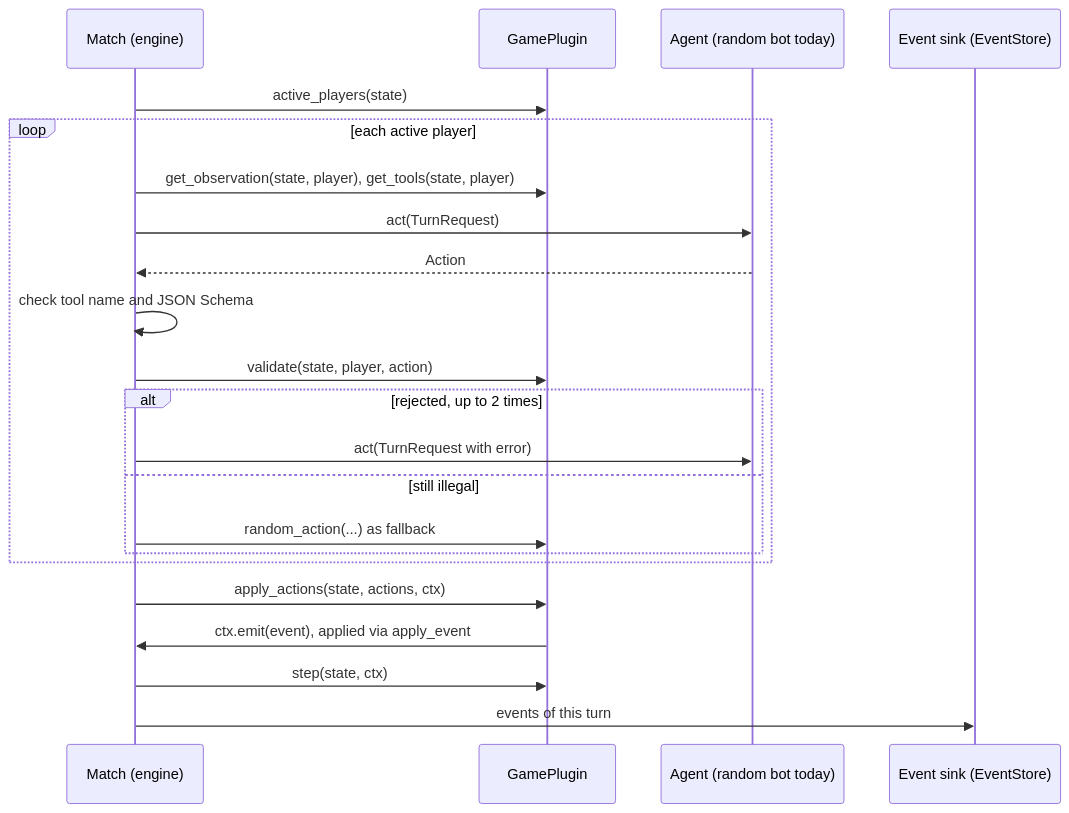
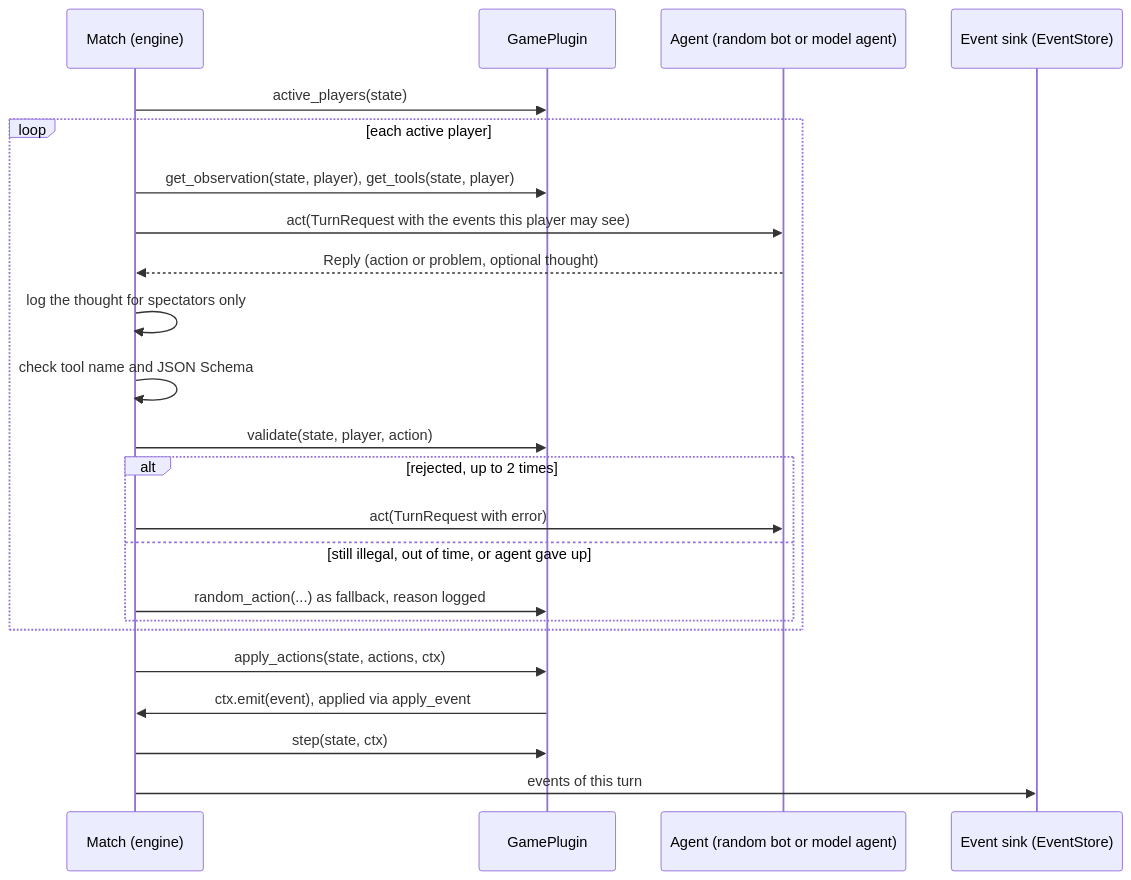
The second of 3 diagrams in docs/ARCHITECTURE.md (NwebNotFound/aigameversus), drawn with Mermaid before and after one commit. The commit also changed other lines of this file and 26 other files, not shown here.

Commit message:
feat: agent runner, mock LLM, turn clock and thoughts channel (step 1.4, #10)

````diff
--- a/docs/ARCHITECTURE.md
+++ b/docs/ARCHITECTURE.md
@@ -52,24 +56,25 @@
 ```mermaid
 sequenceDiagram
     participant M as Match (engine)
     participant P as GamePlugin
-    participant A as Agent (random bot today)
+    participant A as Agent (random bot or model agent)
     participant S as Event sink (EventStore)
     M->>P: active_players(state)
     loop each active player
         M->>P: get_observation(state, player), get_tools(state, player)
-        M->>A: act(TurnRequest)
-        A-->>M: Action
+        M->>A: act(TurnRequest with the events this player may see)
+        A-->>M: Reply (action or problem, optional thought)
+        M->>M: log the thought for spectators only
         M->>M: check tool name and JSON Schema
         M->>P: validate(state, player, action)
         alt rejected, up to 2 times
             M->>A: act(TurnRequest with error)
-        else still illegal
-            M->>P: random_action(...) as fallback
+        else still illegal, out of time, or agent gave up
+            M->>P: random_action(...) as fallback, reason logged
         end
     end
     M->>P: apply_actions(state, actions, ctx)
     P->>M: ctx.emit(event), applied via apply_event
     M->>P: step(state, ctx)
     M->>S: events of this turn
 ```
````
